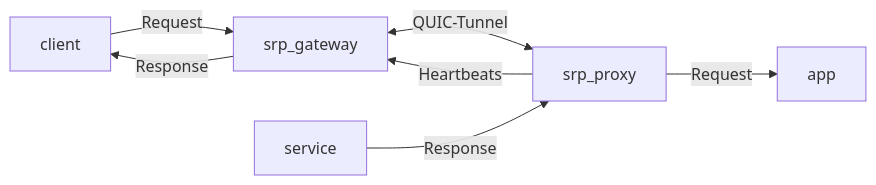
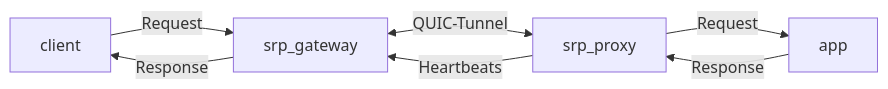
Before and after one commit to c0mput3r5c13nt15t/srp: the diagram in docs/README.md, drawn with Mermaid. The commit also changed 19 other files, not shown here.

````diff
--- a/docs/README.md
+++ b/docs/README.md
@@ -19,10 +19,10 @@
 ```mermaid
 flowchart LR
     client --Request--> srp_gateway
     srp_gateway <--QUIC-Tunnel--> srp_proxy
     srp_proxy --Request--> app
-    service --Response--> srp_proxy
+    app --Response--> srp_proxy
     srp_gateway --Response--> client
 
     srp_proxy --Heartbeats--> srp_gateway
 ``` 
````
